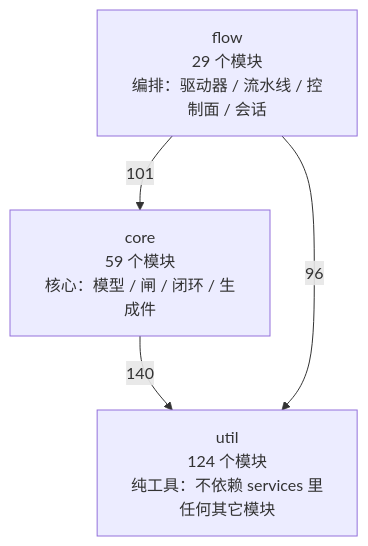
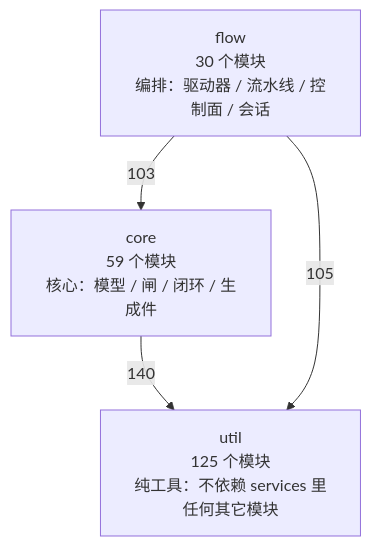
One commit to 2686521696/WhyBuddy changed the first of 4 diagrams in docs/SlideRule V6.2 架构图（自动生成）.md. Above: the diagram before and after it, drawn with Mermaid. The commit also changed other lines of this file and 5 other files, not shown here.

````diff
--- a/docs/SlideRule V6.2 架构图（自动生成）.md
+++ b/docs/SlideRule V6.2 架构图（自动生成）.md
@@ -48,9 +48,9 @@
 ```mermaid
 flowchart TB
-  util["util<br/>124 个模块<br/>纯工具：不依赖 services 里任何其它模块"]
+  util["util<br/>125 个模块<br/>纯工具：不依赖 services 里任何其它模块"]
   core["core<br/>59 个模块<br/>核心：模型 / 闸 / 闭环 / 生成件"]
-  flow["flow<br/>29 个模块<br/>编排：驱动器 / 流水线 / 控制面 / 会话"]
+  flow["flow<br/>30 个模块<br/>编排：驱动器 / 流水线 / 控制面 / 会话"]
   core -->|140| util
-  flow -->|101| core
-  flow -->|96| util
+  flow -->|103| core
+  flow -->|105| util
 ```
````
